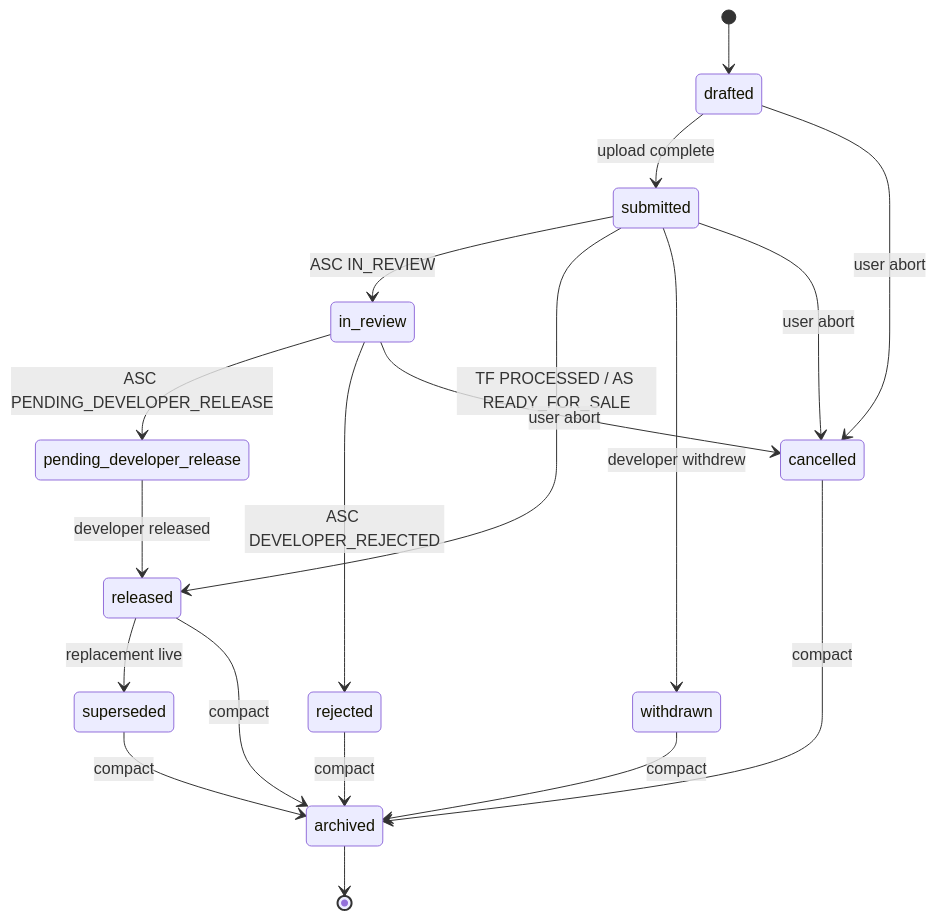
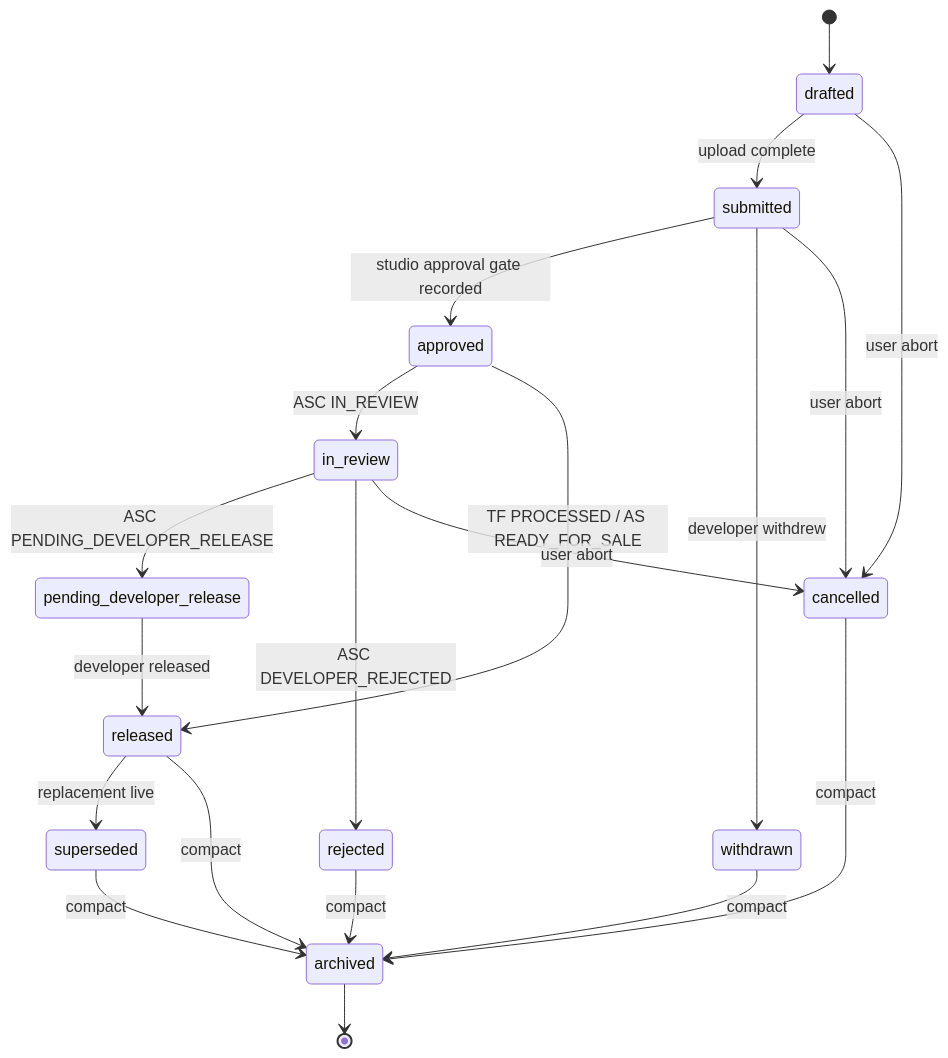
The diagram in _shared/state-machines/release-lifecycle.md (v-i-s-h-a-l/generic-dev-studio), drawn with Mermaid before and after one commit. The commit also changed other lines of this file and 5 other files, not shown here.

````diff
--- a/_shared/state-machines/release-lifecycle.md
+++ b/_shared/state-machines/release-lifecycle.md
@@ -99,21 +106,22 @@
 ```mermaid
 stateDiagram-v2
   [*] --> drafted
   drafted --> submitted: upload complete
-  submitted --> in_review: ASC IN_REVIEW
-  submitted --> released: TF PROCESSED / AS READY_FOR_SALE
+  submitted --> approved: studio approval gate recorded
+  approved --> in_review: ASC IN_REVIEW
+  approved --> released: TF PROCESSED / AS READY_FOR_SALE
   submitted --> withdrawn: developer withdrew
   in_review --> pending_developer_release: ASC PENDING_DEVELOPER_RELEASE
   in_review --> rejected: ASC DEVELOPER_REJECTED
   pending_developer_release --> released: developer released
   released --> superseded: replacement live
   released --> archived: compact
   rejected --> archived: compact
   cancelled --> archived: compact
   withdrawn --> archived: compact
   superseded --> archived: compact
   drafted --> cancelled: user abort
   submitted --> cancelled: user abort
   in_review --> cancelled: user abort
   archived --> [*]
 ```
````
